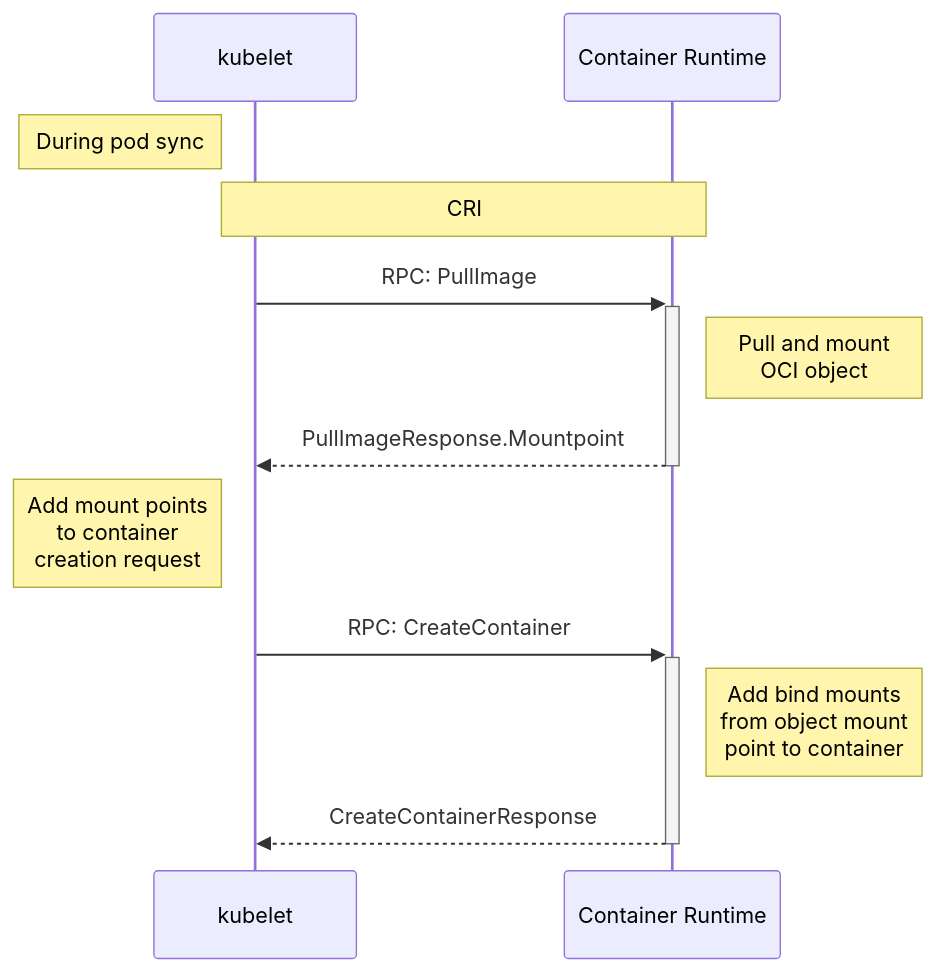
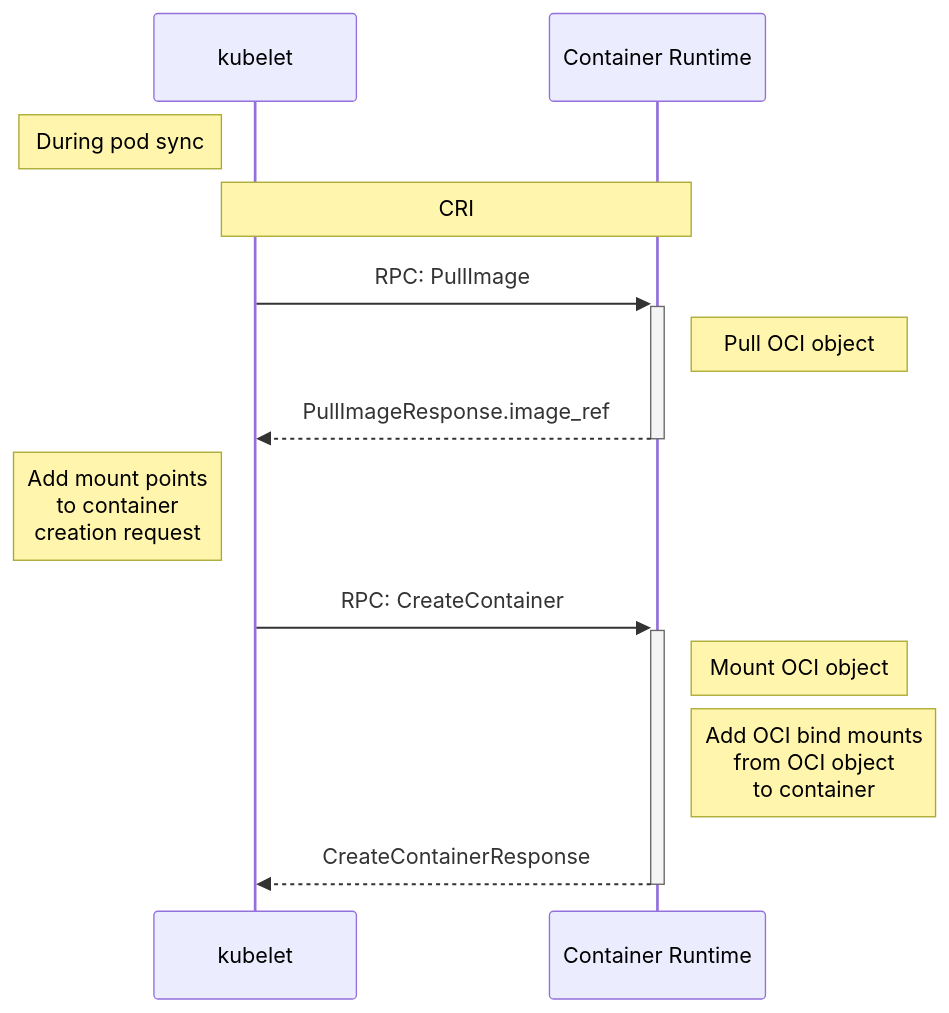
Before and after one commit to kubernetes/enhancements: the diagram in keps/sig-node/4639-oci-volume-source/README.md, drawn with Mermaid. The commit also changed other lines of this file, not shown here.

````diff
--- a/keps/sig-node/4639-oci-volume-source/README.md
+++ b/keps/sig-node/4639-oci-volume-source/README.md
@@ -550,14 +544,15 @@
 ```mermaid
 sequenceDiagram
     participant K as kubelet
     participant C as Container Runtime
     Note left of K: During pod sync
     Note over K,C: CRI
     K->>+C: RPC: PullImage
-    Note right of C: Pull and mount<br/>OCI object
-    C-->>-K: PullImageResponse.Mountpoint
+    Note right of C: Pull OCI object
+    C-->>-K: PullImageResponse.image_ref
     Note left of K: Add mount points<br/> to container<br/>creation request
     K->>+C: RPC: CreateContainer
-    Note right of C: Add bind mounts<br/>from object mount<br/>point to container
+    Note right of C: Mount OCI object
+    Note right of C: Add OCI bind mounts<br/>from OCI object<br/>to container
     C-->>-K: CreateContainerResponse
 ```
````
